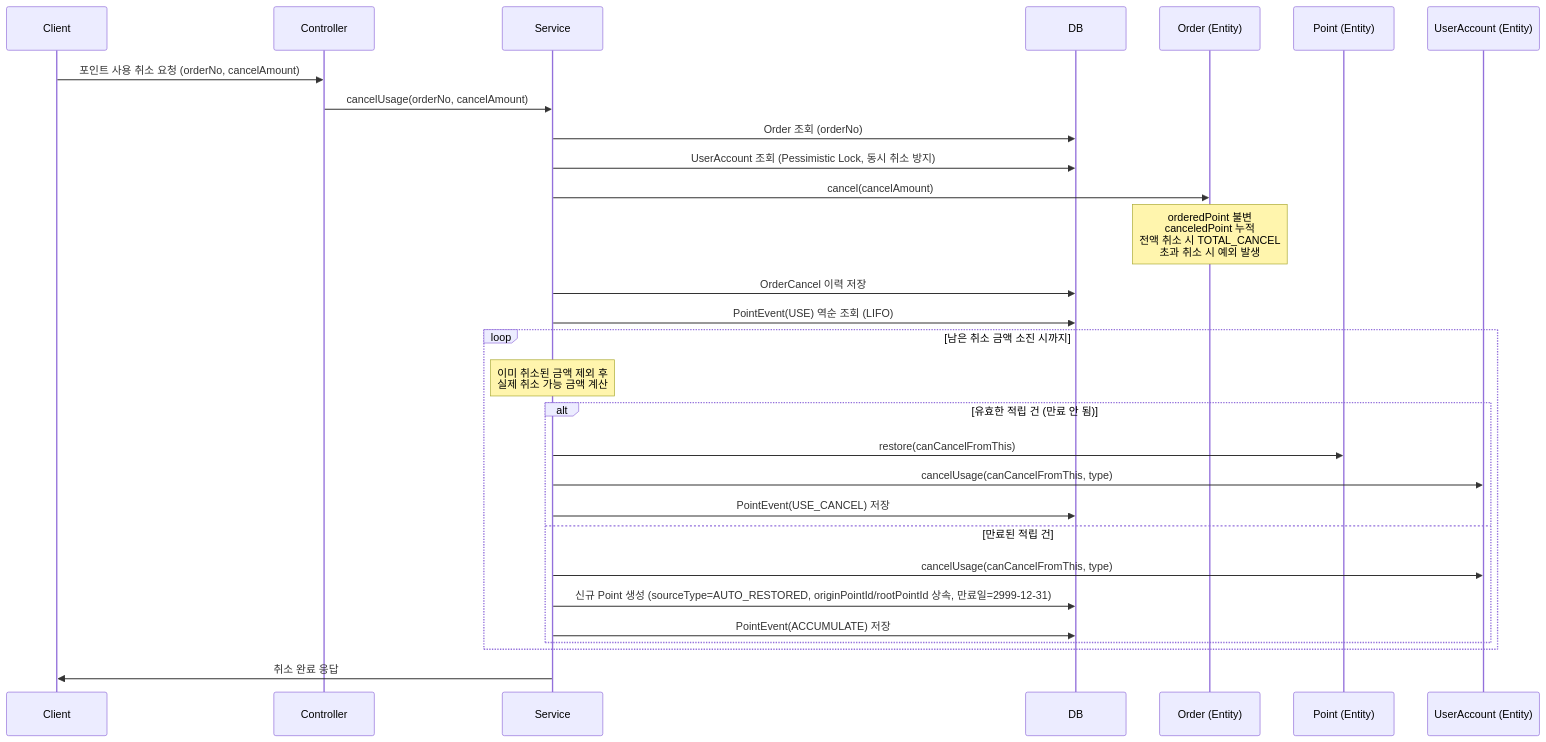
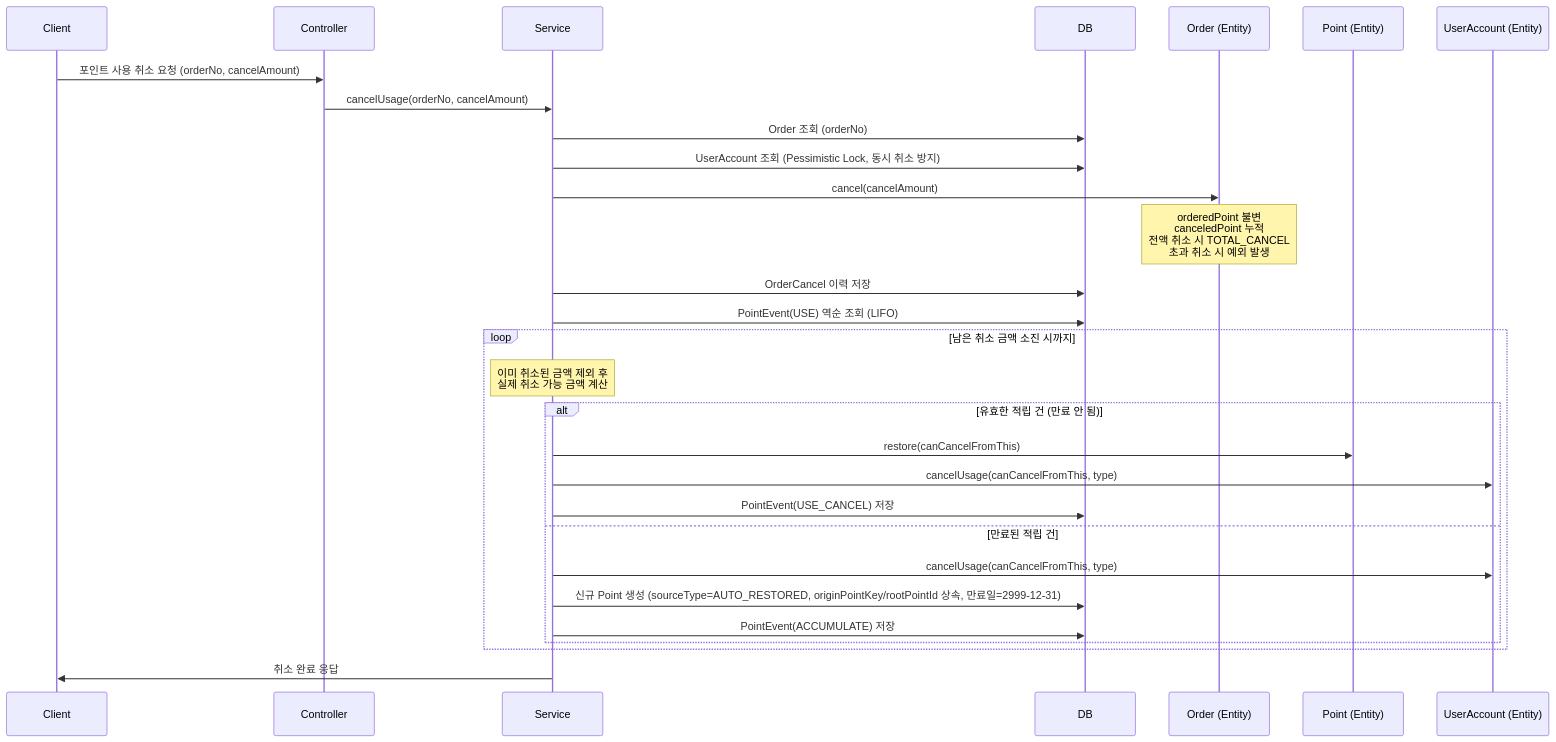
The fourth of 4 diagrams in README.md (muzzaiwork/point), drawn with Mermaid before and after one commit. The commit also changed other lines of this file and 12 other files, not shown here.

````diff
--- a/README.md
+++ b/README.md
@@ -537,39 +541,39 @@
 ```mermaid
 sequenceDiagram
     participant Client
     participant Controller
     participant Service
     participant DB
     participant OrderEntity as Order (Entity)
     participant PointEntity as Point (Entity)
     participant UserEntity as UserAccount (Entity)
 
     Client->>Controller: 포인트 사용 취소 요청 (orderNo, cancelAmount)
     Controller->>Service: cancelUsage(orderNo, cancelAmount)
 
     Service->>DB: Order 조회 (orderNo)
     Service->>DB: UserAccount 조회 (Pessimistic Lock, 동시 취소 방지)
 
     Service->>OrderEntity: cancel(cancelAmount)
     Note over OrderEntity: orderedPoint 불변<br/>canceledPoint 누적<br/>전액 취소 시 TOTAL_CANCEL<br/>초과 취소 시 예외 발생
 
     Service->>DB: OrderCancel 이력 저장
 
     Service->>DB: PointEvent(USE) 역순 조회 (LIFO)
 
     loop 남은 취소 금액 소진 시까지
         Note over Service: 이미 취소된 금액 제외 후<br/>실제 취소 가능 금액 계산
 
         alt 유효한 적립 건 (만료 안 됨)
             Service->>PointEntity: restore(canCancelFromThis)
             Service->>UserEntity: cancelUsage(canCancelFromThis, type)
             Service->>DB: PointEvent(USE_CANCEL) 저장
         else 만료된 적립 건
             Service->>UserEntity: cancelUsage(canCancelFromThis, type)
-            Service->>DB: 신규 Point 생성 (sourceType=AUTO_RESTORED, originPointId/rootPointId 상속, 만료일=2999-12-31)
+            Service->>DB: 신규 Point 생성 (sourceType=AUTO_RESTORED, originPointKey/rootPointId 상속, 만료일=2999-12-31)
             Service->>DB: PointEvent(ACCUMULATE) 저장
         end
     end
 
     Service->>Client: 취소 완료 응답
 ```
````
